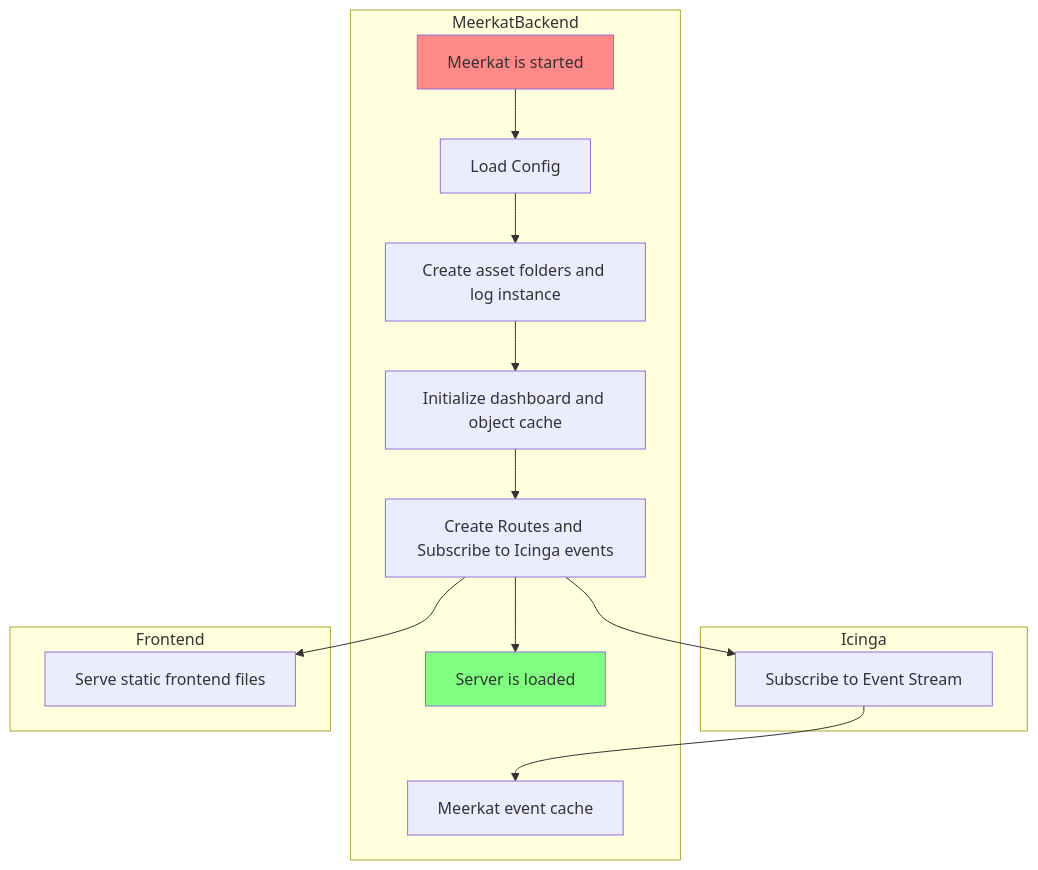
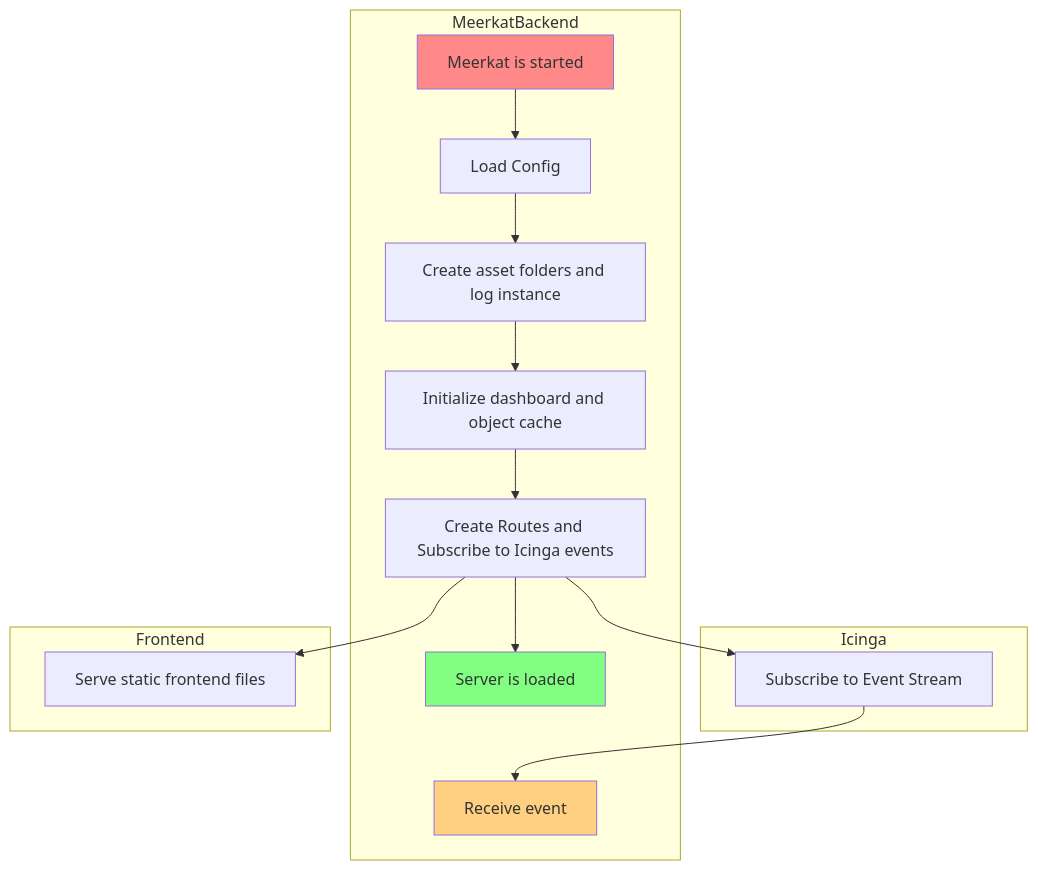
One commit to meerkat-dashboard/meerkat changed the first of 2 diagrams in docs/dev/meerkat.md. Above: the diagram before and after it, drawn with Mermaid. The commit also changed other lines of this file, not shown here.

````diff
--- a/docs/dev/meerkat.md
+++ b/docs/dev/meerkat.md
@@ -3,29 +3,30 @@
 ```mermaid
 flowchart TB
     subgraph Icinga
         ic_checkresults[Subscribe to Event Stream]
     end
     subgraph MeerkatBackend
         mb_started[Meerkat is started]
         mb_config[Load Config]
         mb_assetsandlogging[Create asset folders and log instance]
         mb_dashbaordsandcache[Initialize dashboard and object cache]
         mb_routesandevents[Create Routes and Subscribe to Icinga events]
         mb_loaded[Server is loaded]
-        mb_eventcache[Meerkat event cache]
+        mb_receiveevent[Receive event]
+        style mb_receiveevent fill:#ffd080
         style mb_loaded fill:#80ff80
         style mb_started fill:#ff8888
     end
     subgraph Frontend
         fe_staticwww[Serve static frontend files]
     end
     
     mb_started --> mb_config
     mb_config --> mb_assetsandlogging
     mb_assetsandlogging --> mb_dashbaordsandcache
     mb_dashbaordsandcache --> mb_routesandevents
     mb_routesandevents --> mb_loaded
     mb_routesandevents --> fe_staticwww
     mb_routesandevents --> ic_checkresults
-    ic_checkresults --> mb_eventcache
+    ic_checkresults --> mb_receiveevent
 ```
````
